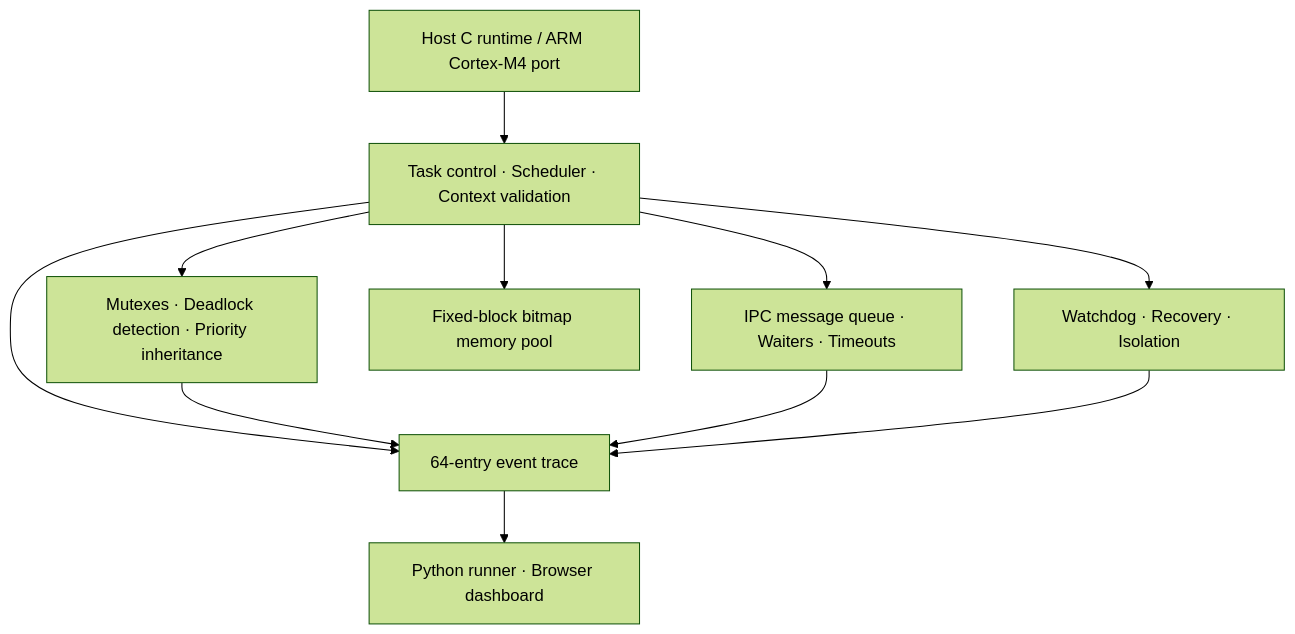
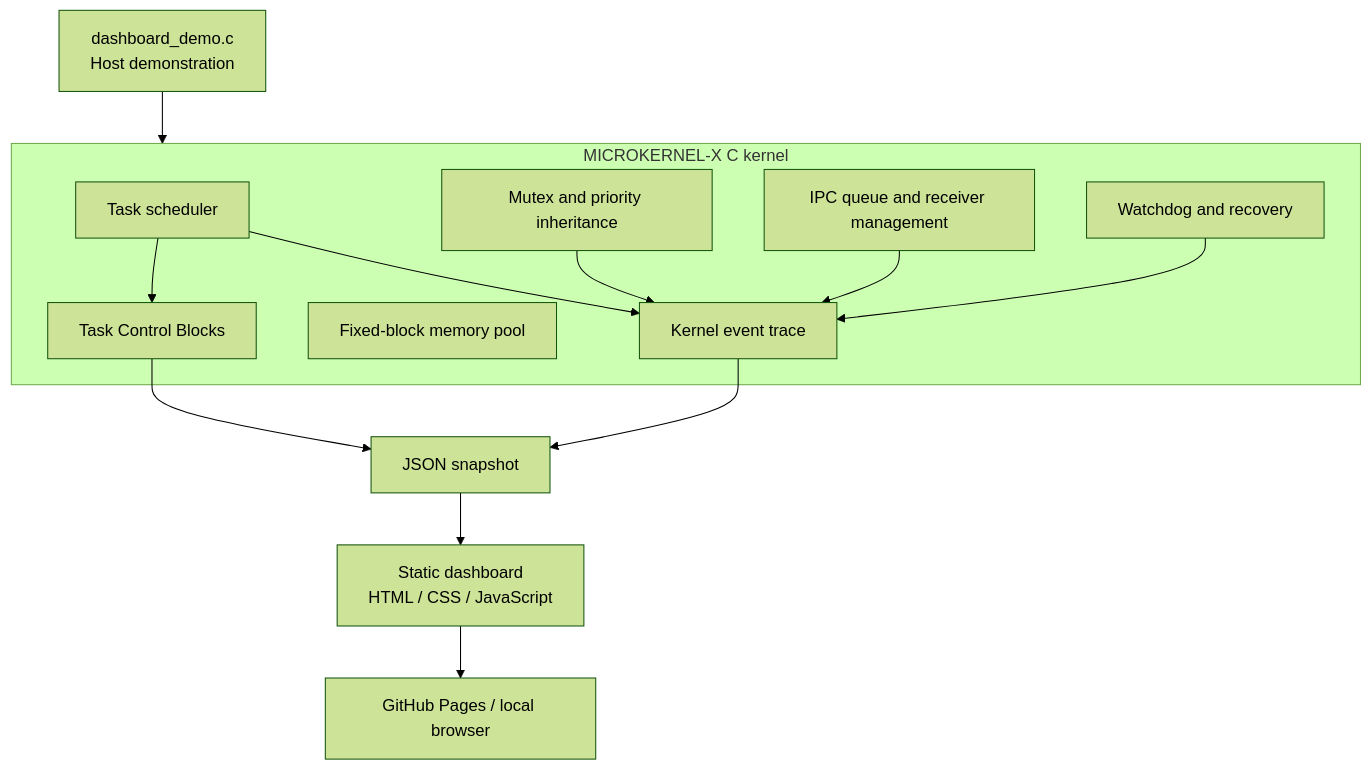
The diagram in README.md (balu2004naidu-hue007/MICROKERNEL-X), drawn with Mermaid (forest theme) before and after one commit. The commit also changed other lines of this file and 32 other files, not shown here.

````diff
--- a/README.md
+++ b/README.md
@@ -29,13 +87,20 @@
 ```mermaid
 flowchart TB
-  PORT[Host C runtime / ARM Cortex-M4 port] --> CORE[Task control · Scheduler · Context validation]
-  CORE --> MUTEX[Mutexes · Deadlock detection · Priority inheritance]
-  CORE --> IPC[IPC message queue · Waiters · Timeouts]
-  CORE --> MEM[Fixed-block bitmap memory pool]
-  CORE --> WD[Watchdog · Recovery · Isolation]
-  CORE --> TRACE[64-entry event trace]
-  MUTEX --> TRACE
-  IPC --> TRACE
-  WD --> TRACE
-  TRACE --> DASH[Python runner · Browser dashboard]
+    DEMO[dashboard_demo.c<br/>Host demonstration] --> CORE
+    subgraph CORE[MICROKERNEL-X C kernel]
+      SCH[Task scheduler] --> TCB[Task Control Blocks]
+      MUT[Mutex and priority inheritance]
+      IPC[IPC queue and receiver management]
+      WD[Watchdog and recovery]
+      MP[Fixed-block memory pool]
+      TRACE[Kernel event trace]
+      SCH --> TRACE
+      MUT --> TRACE
+      IPC --> TRACE
+      WD --> TRACE
+    end
+    TCB --> SNAP[JSON snapshot]
+    TRACE --> SNAP
+    SNAP --> UI[Static dashboard<br/>HTML / CSS / JavaScript]
+    UI --> PAGES[GitHub Pages / local browser]
 ```
````
